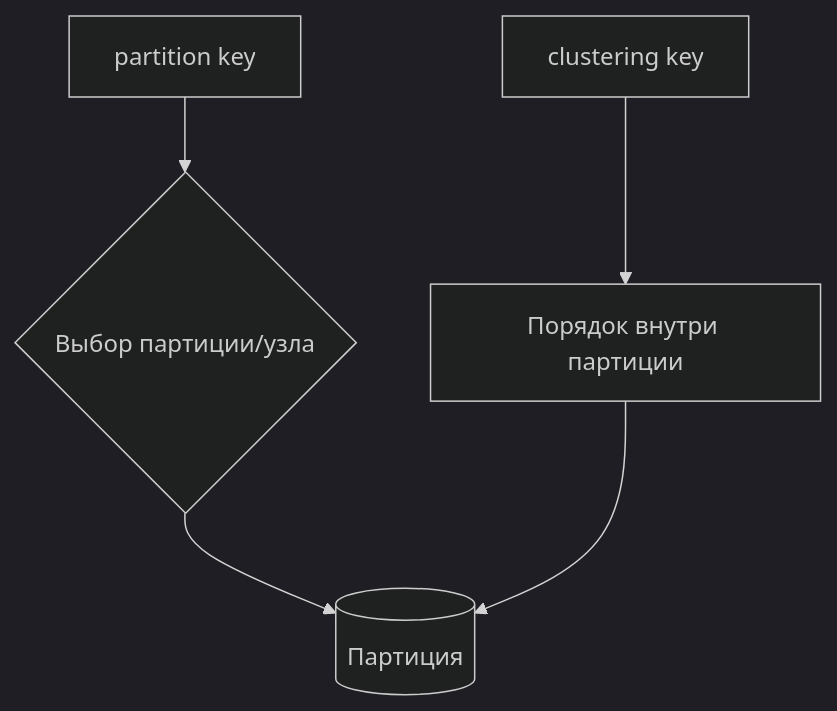
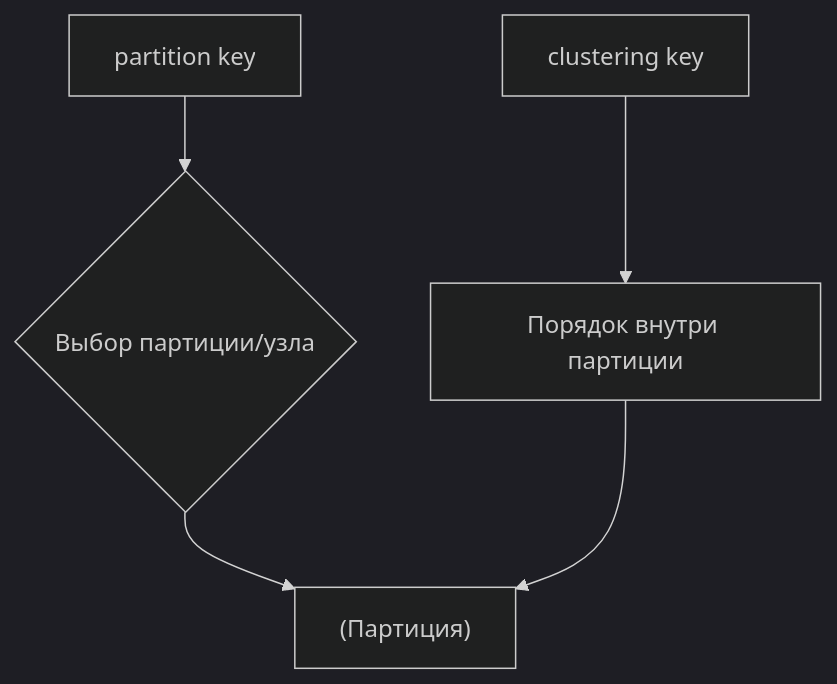
The sixth of 7 diagrams in directions/cs_fundamentals/db/pact/01_teoriya_i_modeli_dannyh/04_4_drugie_modeli_dannyh.md (DDoSKudya/ai-study-atlas), drawn with Mermaid (dark theme) before and after one commit. The commit also changed other lines of this file and 322 other files, not shown here.

Commit message:
fix(docs): make mermaid diagrams GitHub-compatible across directions content

````diff
--- a/directions/cs_fundamentals/db/pact/01_teoriya_i_modeli_dannyh/04_4_drugie_modeli_dannyh.md
+++ b/directions/cs_fundamentals/db/pact/01_teoriya_i_modeli_dannyh/04_4_drugie_modeli_dannyh.md
@@ -230,7 +230,7 @@
 ```mermaid
 flowchart TB
-  PK[partition key] --> Shard{Выбор партиции/узла}
-  Shard --> Part[(Партиция)]
-  CK[clustering key] --> Order[Порядок внутри партиции]
+  PK["partition key"] --> Shard{"Выбор партиции/узла"}
+  Shard --> Part["(Партиция)"]
+  CK["clustering key"] --> Order["Порядок внутри партиции"]
   Order --> Part
 ```
````
